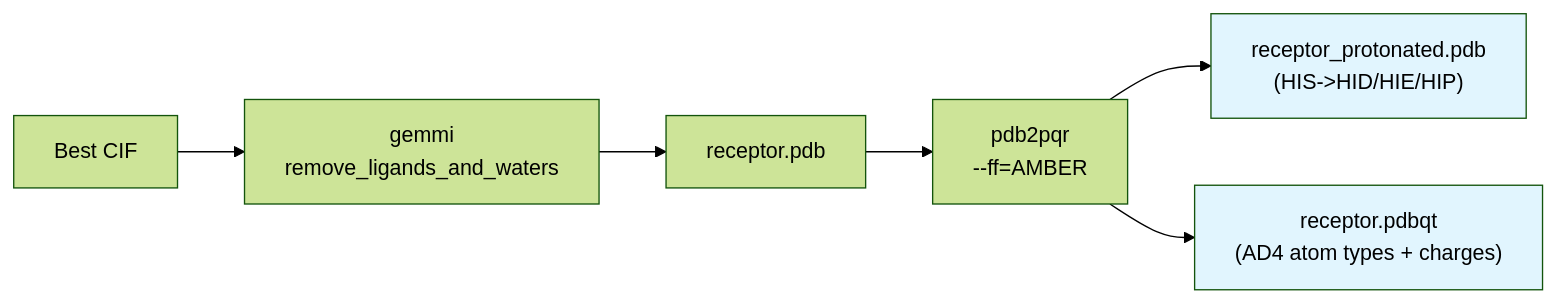
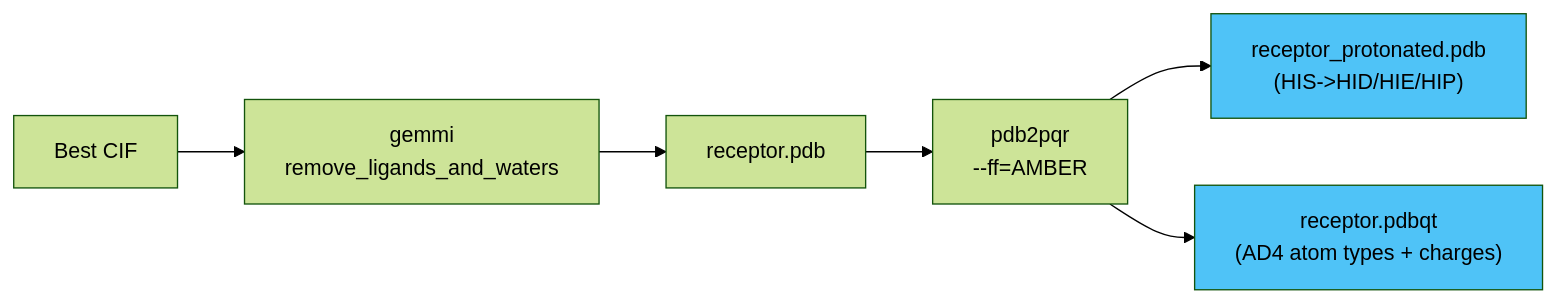
Before and after one commit to eightmm/mosaic-pl: the eighth of 17 diagrams in docs/pipeline.md, drawn with Mermaid (forest theme). The commit also changed other lines of this file, not shown here.

````diff
--- a/docs/pipeline.md
+++ b/docs/pipeline.md
@@ -221,11 +221,11 @@
 ```mermaid
 flowchart LR
     CIF["Best CIF"] --> GEMMI["gemmi\nremove_ligands_and_waters"]
     GEMMI --> PDB["receptor.pdb"]
     PDB --> PDB2PQR["pdb2pqr\n--ff=AMBER"]
     PDB2PQR --> PROT["receptor_protonated.pdb\n(HIS->HID/HIE/HIP)"]
     PDB2PQR --> PDBQT["receptor.pdbqt\n(AD4 atom types + charges)"]
 
-    style PROT fill:#e1f5fe
-    style PDBQT fill:#e1f5fe
+    style PROT fill:#4fc3f7,color:#000
+    style PDBQT fill:#4fc3f7,color:#000
 ```
````
